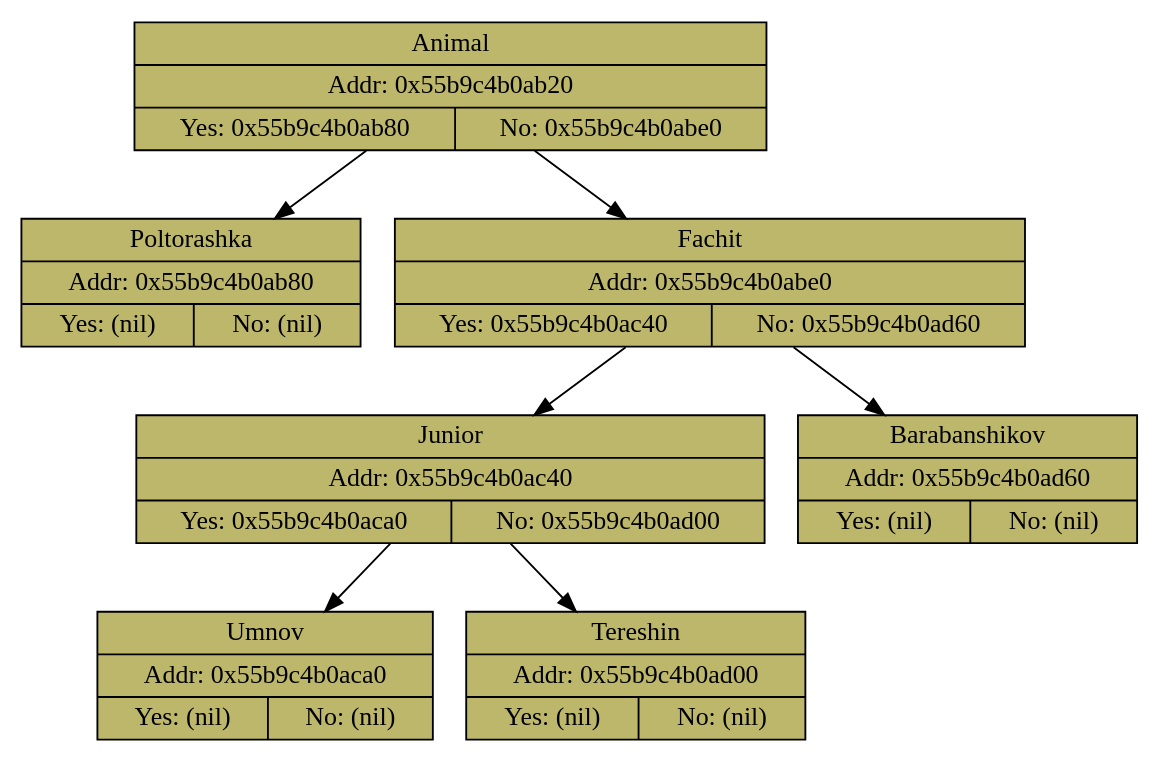
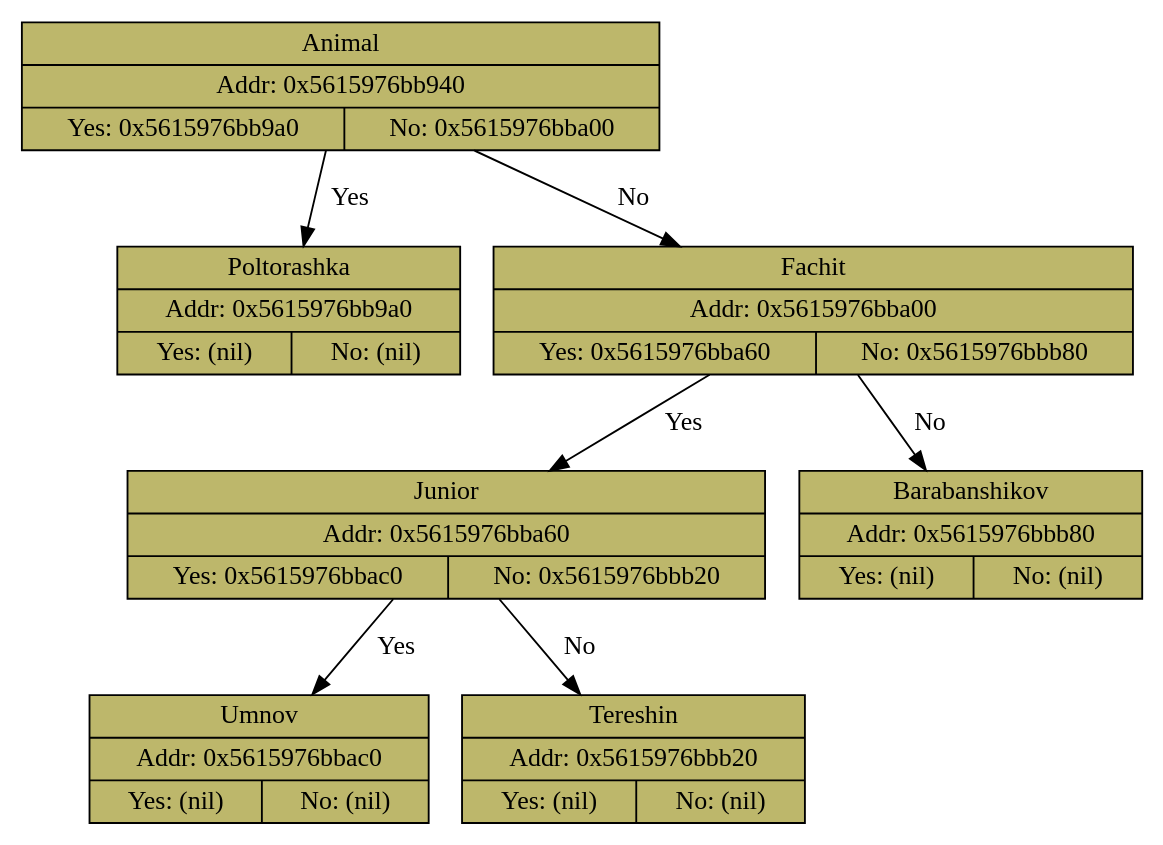
The diagram in gpraph.dot (greggregbean/akinator), drawn with Graphviz before and after one commit. The commit also changed 4 other files, not shown here.

```diff
--- a/gpraph.dot
+++ b/gpraph.dot
@@ -1,16 +1,16 @@
 digraph 
 {
- Animal [shape=record, fillcolor = darkkhaki, style = filled, label = " { Animal | Addr: 0x55b9c4b0ab20 | {Yes: 0x55b9c4b0ab80 | No: 0x55b9c4b0abe0 }}" ] 
- Animal -> Poltorashka; 
- Poltorashka [shape=record, fillcolor = darkkhaki, style = filled, label = " { Poltorashka | Addr: 0x55b9c4b0ab80 | {Yes: (nil) | No: (nil) }}" ] 
- Animal -> Fachit; 
- Fachit [shape=record, fillcolor = darkkhaki, style = filled, label = " { Fachit | Addr: 0x55b9c4b0abe0 | {Yes: 0x55b9c4b0ac40 | No: 0x55b9c4b0ad60 }}" ] 
- Fachit -> Junior; 
- Junior [shape=record, fillcolor = darkkhaki, style = filled, label = " { Junior | Addr: 0x55b9c4b0ac40 | {Yes: 0x55b9c4b0aca0 | No: 0x55b9c4b0ad00 }}" ] 
- Junior -> Umnov; 
- Umnov [shape=record, fillcolor = darkkhaki, style = filled, label = " { Umnov | Addr: 0x55b9c4b0aca0 | {Yes: (nil) | No: (nil) }}" ] 
- Junior -> Tereshin; 
- Tereshin [shape=record, fillcolor = darkkhaki, style = filled, label = " { Tereshin | Addr: 0x55b9c4b0ad00 | {Yes: (nil) | No: (nil) }}" ] 
- Fachit -> Barabanshikov; 
- Barabanshikov [shape=record, fillcolor = darkkhaki, style = filled, label = " { Barabanshikov | Addr: 0x55b9c4b0ad60 | {Yes: (nil) | No: (nil) }}" ] 
+ Animal [shape=record, fillcolor = darkkhaki, style = filled, label = " { Animal | Addr: 0x5615976bb940 | {Yes: 0x5615976bb9a0 | No: 0x5615976bba00 }}" ] 
+ Animal -> Poltorashka [label = " Yes "]; 
+ Poltorashka [shape=record, fillcolor = darkkhaki, style = filled, label = " { Poltorashka | Addr: 0x5615976bb9a0 | {Yes: (nil) | No: (nil) }}" ] 
+ Animal -> Fachit [label = " No "]; 
+ Fachit [shape=record, fillcolor = darkkhaki, style = filled, label = " { Fachit | Addr: 0x5615976bba00 | {Yes: 0x5615976bba60 | No: 0x5615976bbb80 }}" ] 
+ Fachit -> Junior [label = " Yes "]; 
+ Junior [shape=record, fillcolor = darkkhaki, style = filled, label = " { Junior | Addr: 0x5615976bba60 | {Yes: 0x5615976bbac0 | No: 0x5615976bbb20 }}" ] 
+ Junior -> Umnov [label = " Yes "]; 
+ Umnov [shape=record, fillcolor = darkkhaki, style = filled, label = " { Umnov | Addr: 0x5615976bbac0 | {Yes: (nil) | No: (nil) }}" ] 
+ Junior -> Tereshin [label = " No "]; 
+ Tereshin [shape=record, fillcolor = darkkhaki, style = filled, label = " { Tereshin | Addr: 0x5615976bbb20 | {Yes: (nil) | No: (nil) }}" ] 
+ Fachit -> Barabanshikov [label = " No "]; 
+ Barabanshikov [shape=record, fillcolor = darkkhaki, style = filled, label = " { Barabanshikov | Addr: 0x5615976bbb80 | {Yes: (nil) | No: (nil) }}" ] 
 }
```
